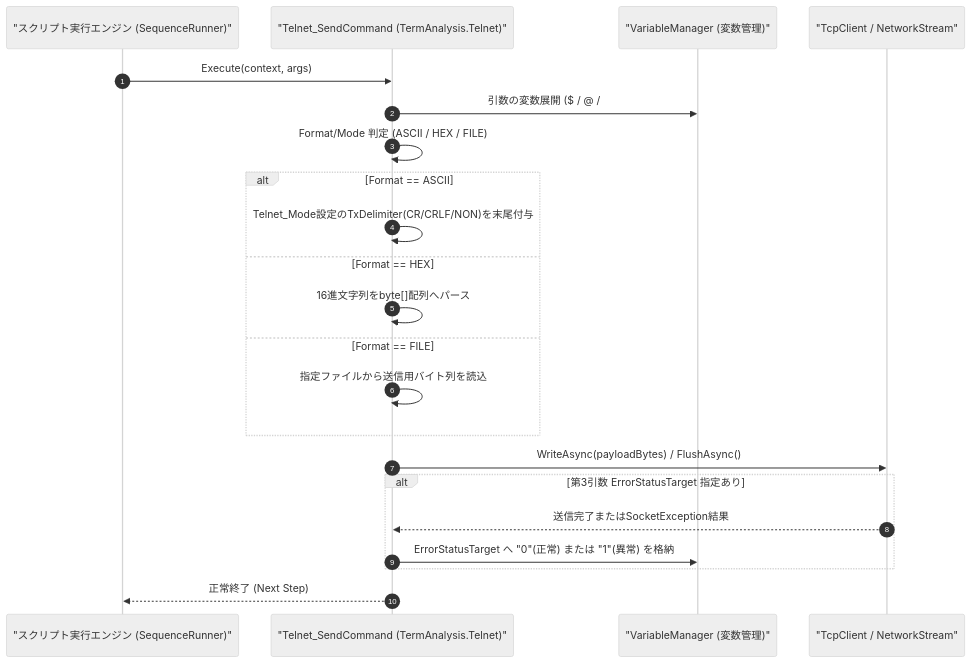
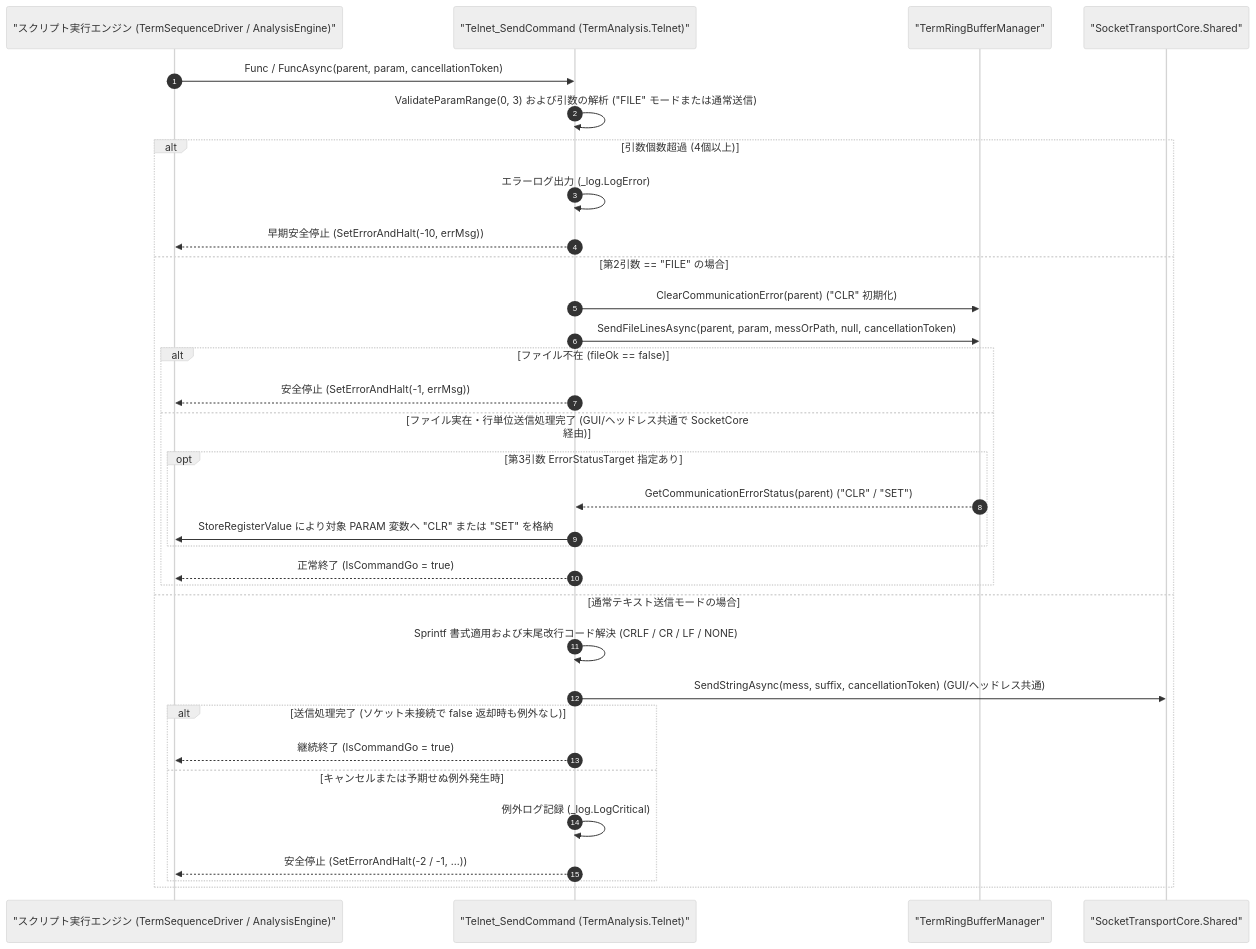
The diagram in Manual/Telnet/Telnet_Send.Md (Monaca-App/TermAddIn), drawn with Mermaid (neutral theme) before and after one commit. The commit also changed other lines of this file and 157 other files, not shown here.

````diff
--- a/Manual/Telnet/Telnet_Send.Md
+++ b/Manual/Telnet/Telnet_Send.Md
@@ -68,25 +80,36 @@
 ```mermaid
 sequenceDiagram
     autonumber
-    participant Script as "スクリプト実行エンジン (SequenceRunner)"
+    participant Script as "スクリプト実行エンジン (TermSequenceDriver / AnalysisEngine)"
     participant Cmd as "Telnet_SendCommand (TermAnalysis.Telnet)"
-    participant Var as "VariableManager (変数管理)"
-    participant Sock as "TcpClient / NetworkStream"
+    participant Buf as "TermRingBufferManager"
+    participant Sock as "SocketTransportCore.Shared"
 
-    Script->>Cmd: Execute(context, args)
-    Cmd->>Var: 引数の変数展開 ($ / @ / #)
-    Cmd->>Cmd: Format/Mode 判定 (ASCII / HEX / FILE)
-    alt Format == ASCII
-        Cmd->>Cmd: Telnet_Mode設定のTxDelimiter(CR/CRLF/NON)を末尾付与
-    else Format == HEX
-        Cmd->>Cmd: 16進文字列をbyte[]配列へパース
-    else Format == FILE
-        Cmd->>Cmd: 指定ファイルから送信用バイト列を読込
+    Script->>Cmd: Func / FuncAsync(parent, param, cancellationToken)
+    Cmd->>Cmd: ValidateParamRange(0, 3) および引数の解析 ("FILE" モードまたは通常送信)
+    alt 引数個数超過 (4個以上)
+        Cmd->>Cmd: エラーログ出力 (_log.LogError)
+        Cmd-->>Script: 早期安全停止 (SetErrorAndHalt(-10, errMsg))
+    else 第2引数 == "FILE" の場合
+        Cmd->>Buf: ClearCommunicationError(parent) ("CLR" 初期化)
+        Cmd->>Buf: SendFileLinesAsync(parent, param, messOrPath, null, cancellationToken)
+        alt ファイル不在 (fileOk == false)
+            Cmd-->>Script: 安全停止 (SetErrorAndHalt(-1, errMsg))
+        else ファイル実在・行単位送信処理完了 (GUI/ヘッドレス共通で SocketCore 経由)
+            opt 第3引数 ErrorStatusTarget 指定あり
+                Buf-->>Cmd: GetCommunicationErrorStatus(parent) ("CLR" / "SET")
+                Cmd->>Script: StoreRegisterValue により対象 PARAM 変数へ "CLR" または "SET" を格納
+            end
+            Cmd-->>Script: 正常終了 (IsCommandGo = true)
+        end
+    else 通常テキスト送信モードの場合
+        Cmd->>Cmd: Sprintf 書式適用および末尾改行コード解決 (CRLF / CR / LF / NONE)
+        Cmd->>Sock: SendStringAsync(mess, suffix, cancellationToken) (GUI/ヘッドレス共通)
+        alt 送信処理完了 (ソケット未接続で false 返却時も例外なし)
+            Cmd-->>Script: 継続終了 (IsCommandGo = true)
+        else キャンセルまたは予期せぬ例外発生時
+            Cmd->>Cmd: 例外ログ記録 (_log.LogCritical)
+            Cmd-->>Script: 安全停止 (SetErrorAndHalt(-2 / -1, ...))
+        end
     end
-    Cmd->>Sock: WriteAsync(payloadBytes) / FlushAsync()
-    alt 第3引数 ErrorStatusTarget 指定あり
-        Sock-->>Cmd: 送信完了またはSocketException結果
-        Cmd->>Var: ErrorStatusTarget へ "0"(正常) または "1"(異常) を格納
-    end
-    Cmd-->>Script: 正常終了 (Next Step)
 ```
````
